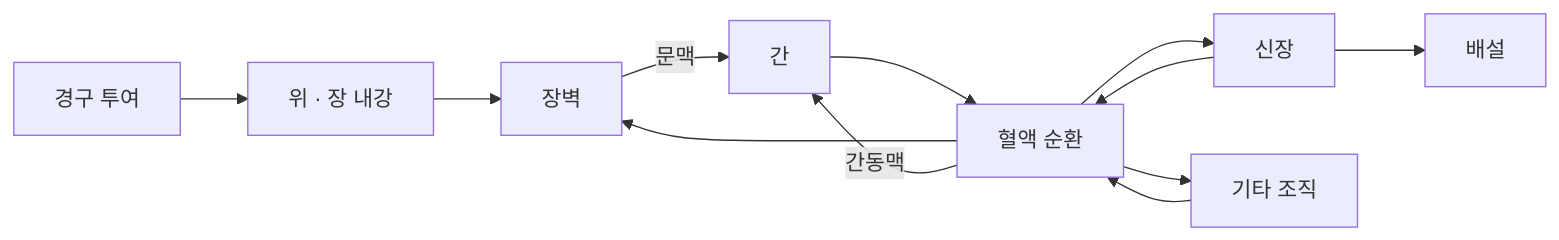
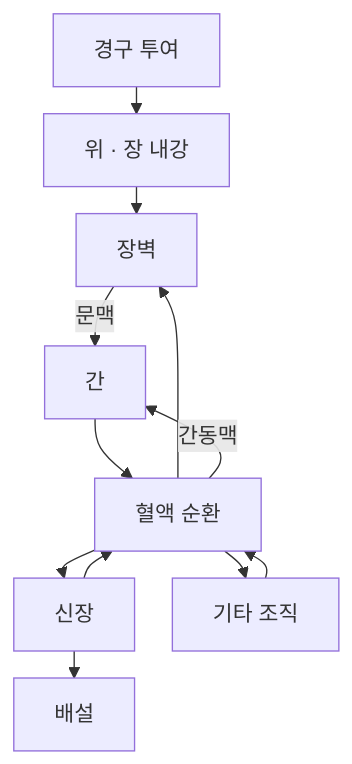
Before and after one commit to kkmmhh113/research-portfolio: the diagram in projects/tissue-modeling/MODEL.md, drawn with Mermaid. The commit also changed 1 other file, not shown here.

Commit message:
Keep model diagrams readable with compact vertical spacing

````diff
--- a/projects/tissue-modeling/MODEL.md
+++ b/projects/tissue-modeling/MODEL.md
@@ -11,14 +11,15 @@
 ```mermaid
-flowchart LR
+%%{init: {"flowchart": {"rankSpacing": 20, "nodeSpacing": 28}}}%%
+flowchart TD
     Oral["경구 투여"] --> GI["위 · 장 내강"]
     GI --> Gut["장벽"]
     Gut -->|문맥| Liver["간"]
     Blood["혈액 순환"] --> Gut
     Blood -->|간동맥| Liver
     Liver --> Blood
     Blood --> Kidney["신장"]
     Kidney --> Blood
     Kidney --> Urine["배설"]
     Blood --> Rest["기타 조직"]
     Rest --> Blood
 ```
````
